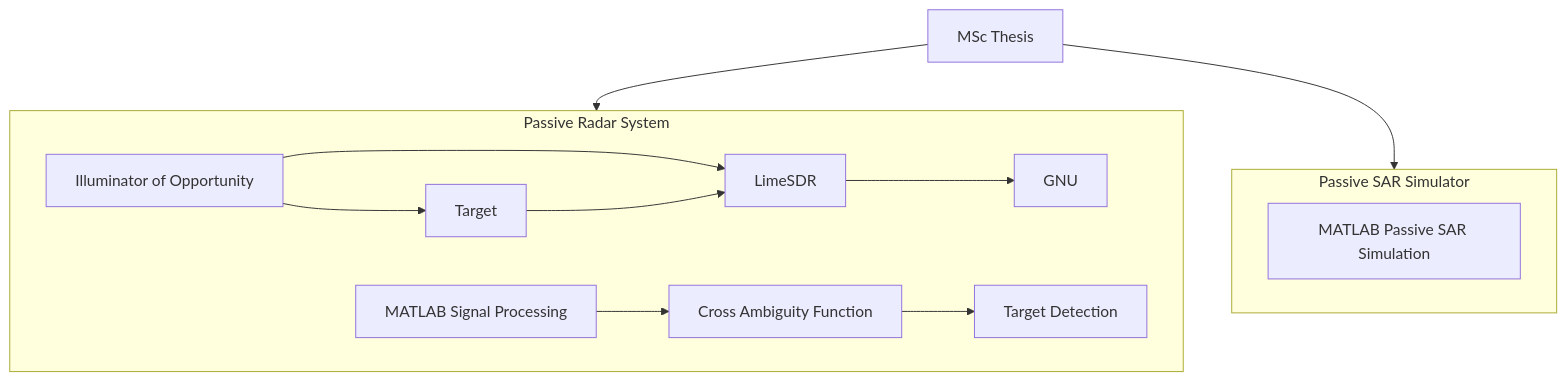
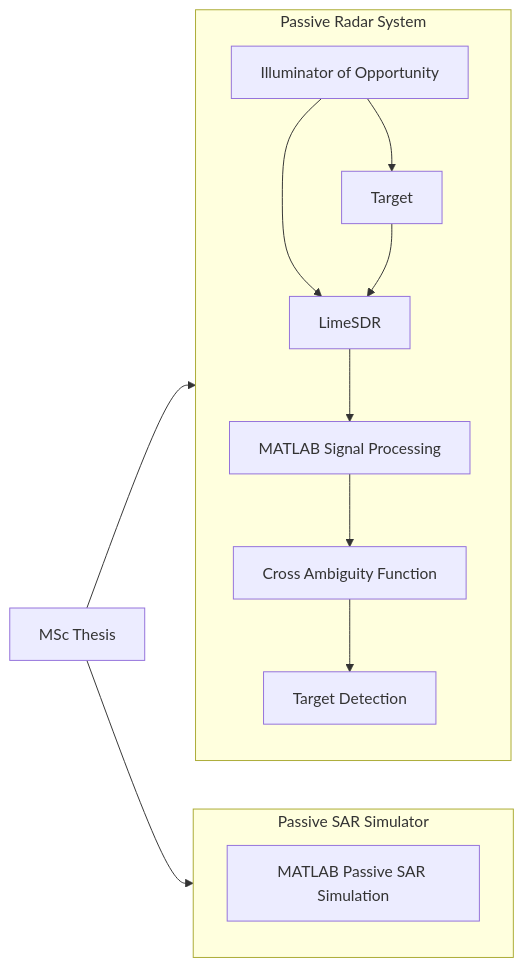
Before and after one commit to MiguelStattmiller/SAR-Passive-Radar-LimeSDR-Simulator: the diagram in README.md, drawn with Mermaid.

````diff
--- a/README.md
+++ b/README.md
@@ -36,39 +36,37 @@
 ```mermaid
-flowchart TB
+flowchart LR
 
     Thesis["MSc Thesis"]
 
-    Thesis --> Radar
-    Thesis --> SAR
+    subgraph PRS["Passive Radar System"]
 
-    subgraph Radar["Passive Radar System"]
+        IO["Illuminator of Opportunity"]
 
-        TX["Illuminator of Opportunity"]
+        T["Target"]
 
-        Target["Target"]
-
-        Lime["LimeSDR"]
-
+        SDR["LimeSDR"]
 
         MATLAB["MATLAB Signal Processing"]
 
         CAF["Cross Ambiguity Function"]
 
-        Detection["Target Detection"]
+        DET["Target Detection"]
 
-        TX --> Target
-        TX --> Lime
-        Target --> Lime
-
-        Lime --> GNU
+        IO --> SDR
+        IO --> T
+        T --> SDR
+        SDR --> MATLAB
         MATLAB --> CAF
-        CAF --> Detection
+        CAF --> DET
 
     end
 
     subgraph SAR["Passive SAR Simulator"]
 
-        SARMAT["MATLAB Passive SAR Simulation"]
+        PSAR["MATLAB Passive SAR Simulation"]
 
     end
+
+    Thesis --> PRS
+    Thesis --> SAR
 ```
````
